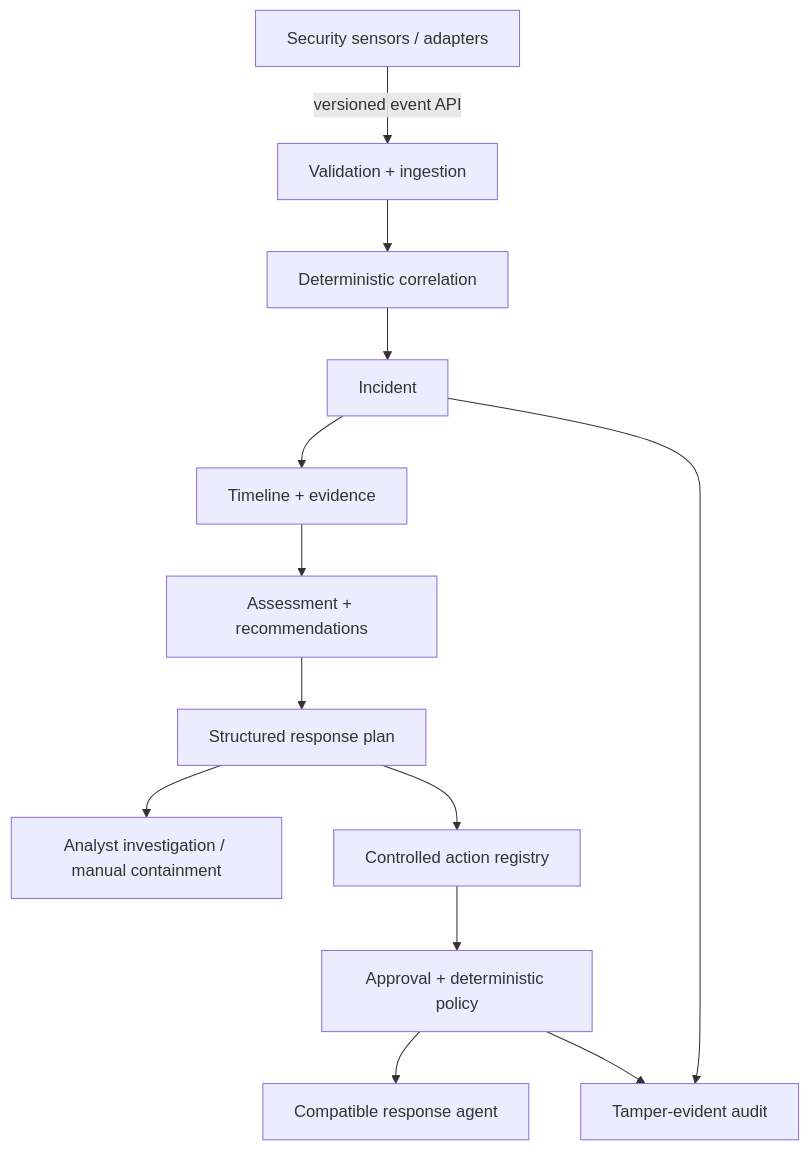
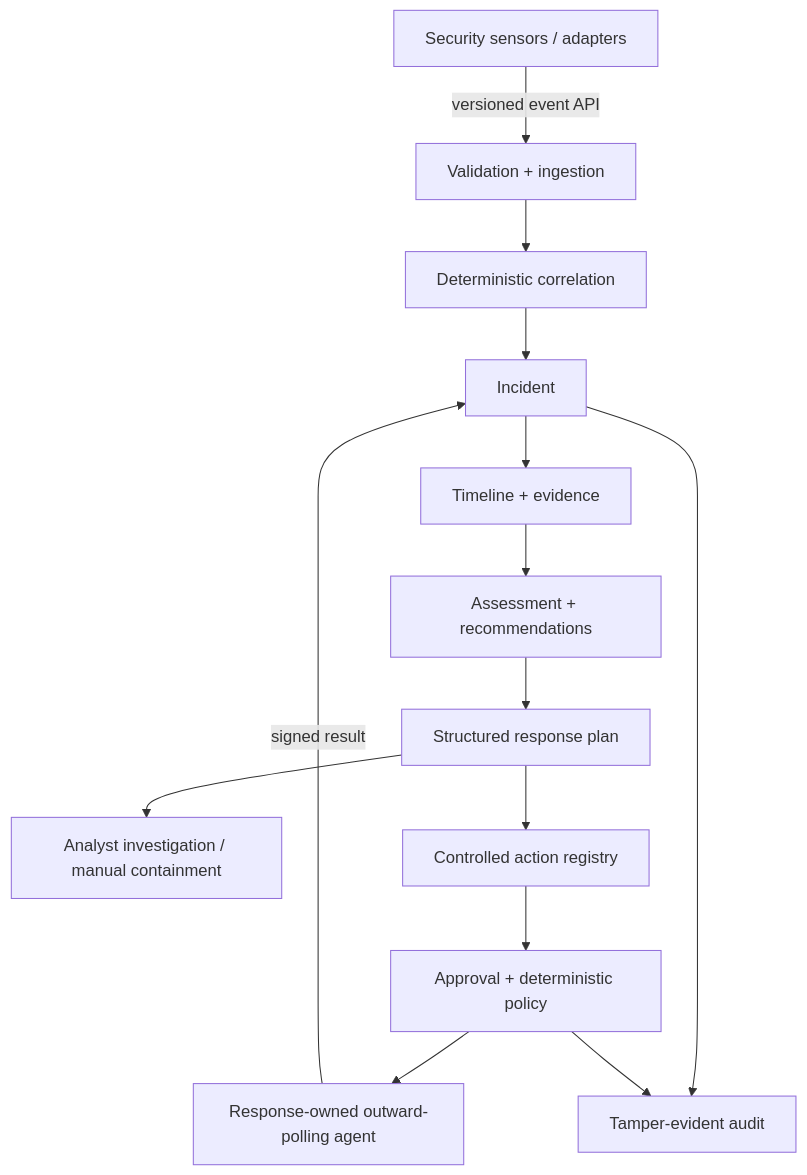
One commit to LUKEcheadle-ship-it/quietward-response changed the diagram in README.md. Above: the diagram before and after it, drawn with Mermaid. The commit also changed other lines of this file, not shown here.

Commit message:
Document bundled standalone Response alpha agent

````diff
--- a/README.md
+++ b/README.md
@@ -50,15 +52,16 @@
 ```mermaid
 flowchart TD
     S[Security sensors / adapters] -->|versioned event API| I[Validation + ingestion]
     I --> C[Deterministic correlation]
     C --> X[Incident]
     X --> T[Timeline + evidence]
     T --> R[Assessment + recommendations]
     R --> P[Structured response plan]
     P --> H[Analyst investigation / manual containment]
     P --> A[Controlled action registry]
     A --> G[Approval + deterministic policy]
-    G --> E[Compatible response agent]
+    G --> E[Response-owned outward-polling agent]
+    E -->|signed result| X
     X --> U[Tamper-evident audit]
     G --> U
 ```
````
